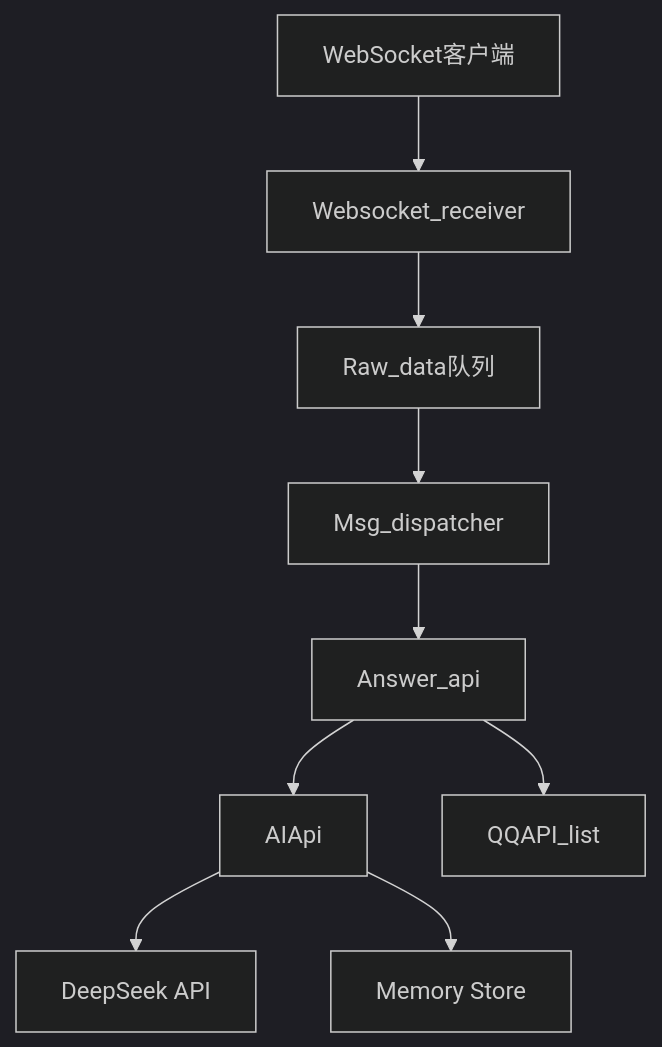
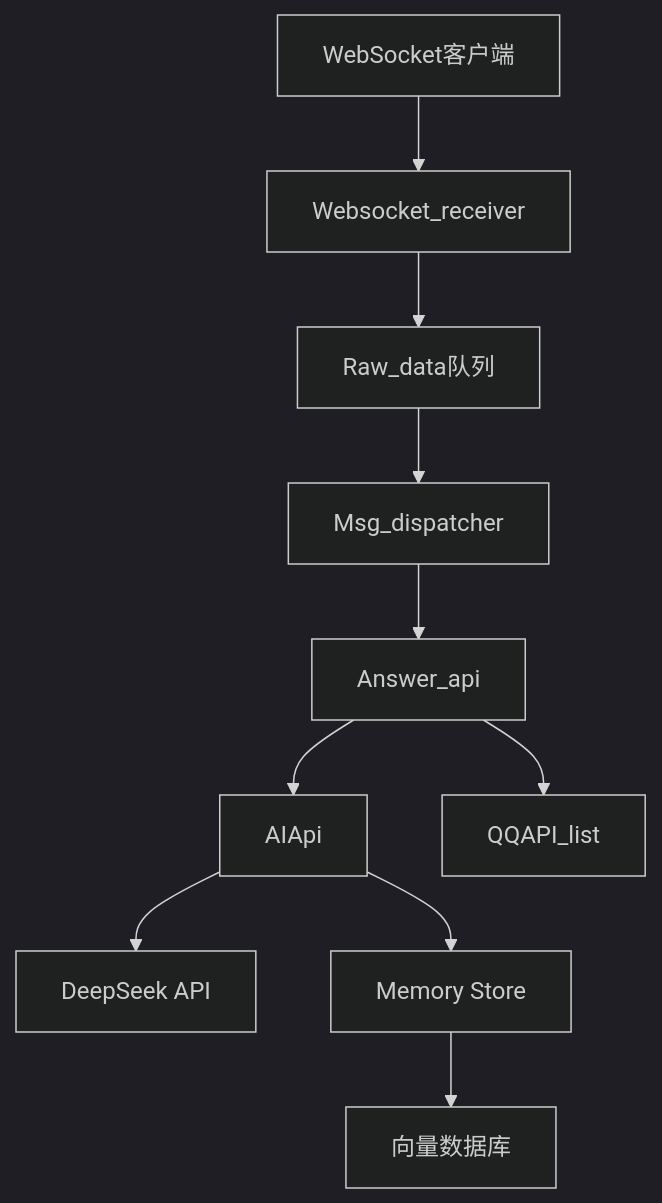
The diagram in README.md (AuroBreeze/AuroCC), drawn with Mermaid (dark theme) before and after one commit. The commit also changed other lines of this file, not shown here.

First line of the commit message:
docs(README): 更新项目文档和架构图

````diff
--- a/README.md
+++ b/README.md
@@ -87,11 +39,12 @@
 ```mermaid
 graph TD
     A[WebSocket客户端] --> B[Websocket_receiver]
     B --> C[Raw_data队列]
     C --> D[Msg_dispatcher]
     D --> E[Answer_api]
     E --> F[AIApi]
     F --> G[DeepSeek API]
     E --> H[QQAPI_list]
     F --> I[Memory Store]
+    I --> J[向量数据库]
 ```
````
